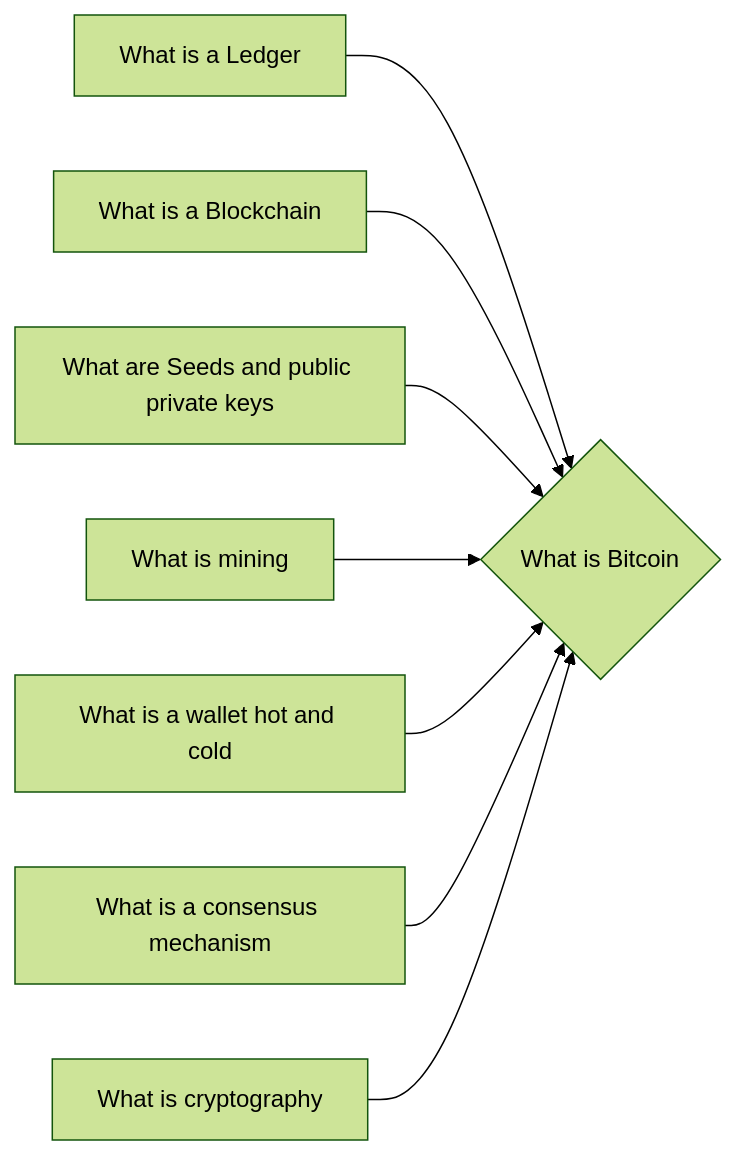
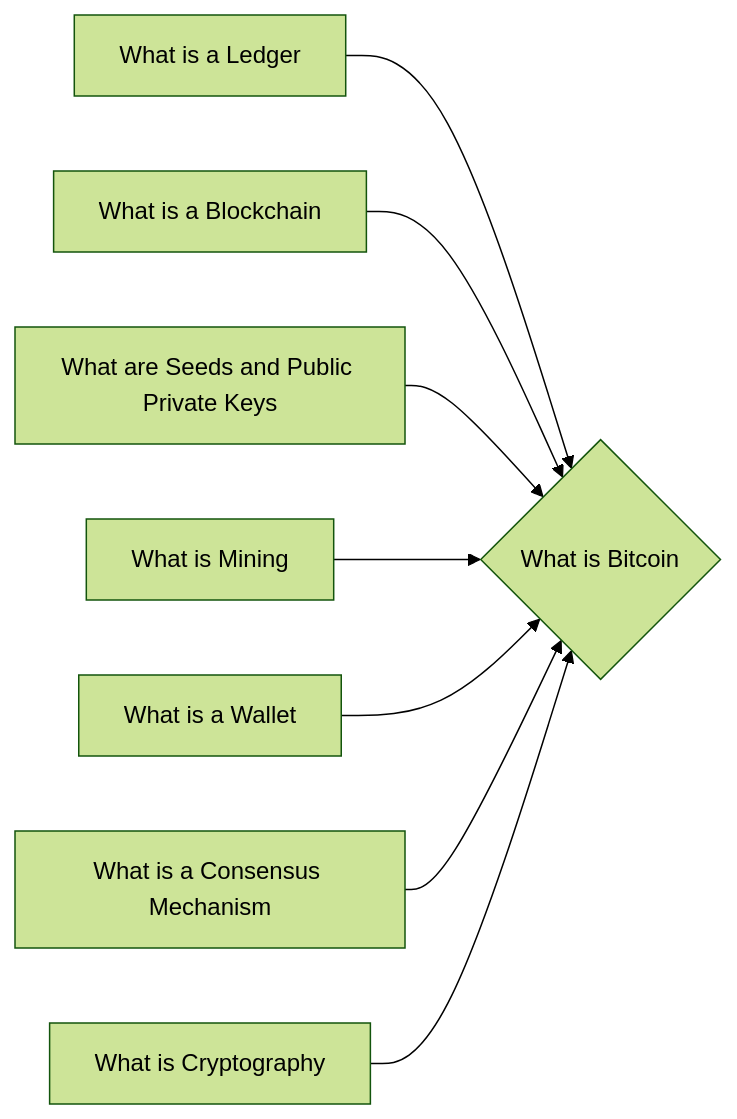
The diagram in notes/What_is_Bitcoin.md (lpurdy01/crypto-knowledge-map), drawn with Mermaid (forest theme) before and after one commit. The commit also changed 50 other files, not shown here.

````diff
--- a/notes/What_is_Bitcoin.md
+++ b/notes/What_is_Bitcoin.md
@@ -24,10 +24,10 @@
 ```mermaid
 graph LR
 1["What is a Ledger"]-->0{"What is Bitcoin"}
 2["What is a Blockchain"]-->0{"What is Bitcoin"}
-3["What are Seeds and public private keys"]-->0{"What is Bitcoin"}
-4["What is mining"]-->0{"What is Bitcoin"}
-5["What is a wallet hot and cold"]-->0{"What is Bitcoin"}
-6["What is a consensus mechanism"]-->0{"What is Bitcoin"}
-7["What is cryptography"]-->0{"What is Bitcoin"}
+3["What are Seeds and Public Private Keys"]-->0{"What is Bitcoin"}
+4["What is Mining"]-->0{"What is Bitcoin"}
+5["What is a Wallet"]-->0{"What is Bitcoin"}
+6["What is a Consensus Mechanism"]-->0{"What is Bitcoin"}
+7["What is Cryptography"]-->0{"What is Bitcoin"}
 ```
````
